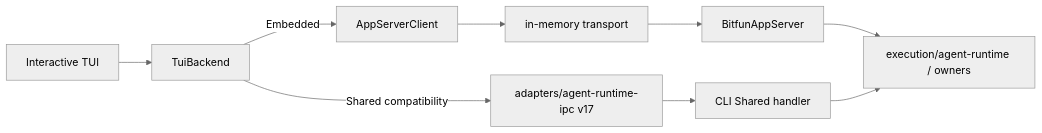
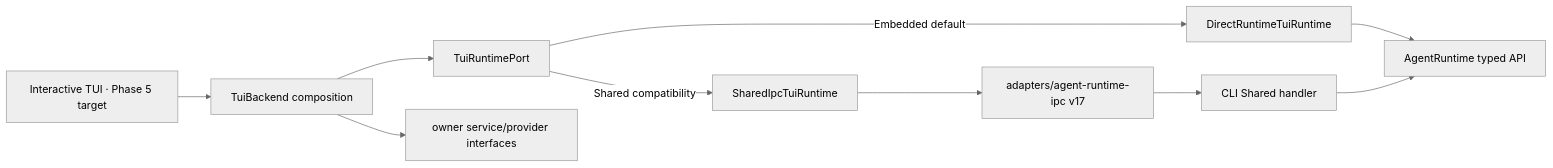
Diagram 13 of 17 in docs/architecture/agent-runtime-deployment-design.md (1688mengdie/BitFun), drawn with Mermaid (neutral theme) before and after one commit. The commit also changed other lines of this file and 4 other files, not shown here.

Commit message:
docs: refine TUI runtime and management boundaries

````diff
--- a/docs/architecture/agent-runtime-deployment-design.md
+++ b/docs/architecture/agent-runtime-deployment-design.md
@@ -356,11 +378,12 @@
 ```mermaid
 flowchart LR
-  TUI["Interactive TUI"] --> Backend["TuiBackend"]
-  Backend -->|"Embedded"| Client["AppServerClient"]
-  Client --> Memory["in-memory transport"]
-  Memory --> AppServer["BitfunAppServer"]
-  Backend -->|"Shared compatibility"| IPC["adapters/agent-runtime-ipc v17"]
+  TUI["Interactive TUI · Phase 5 target"] --> Composition["TuiBackend composition"]
+  Composition --> Port["TuiRuntimePort"]
+  Port -->|"Embedded default"| Direct["DirectRuntimeTuiRuntime"]
+  Direct --> Runtime["AgentRuntime typed API"]
+  Composition --> Management["owner service/provider interfaces"]
+  Port -->|"Shared compatibility"| SharedAdapter["SharedIpcTuiRuntime"]
+  SharedAdapter --> IPC["adapters/agent-runtime-ipc v17"]
   IPC --> Handler["CLI Shared handler"]
-  AppServer --> Runtime["execution/agent-runtime / owners"]
   Handler --> Runtime
 ```
````
